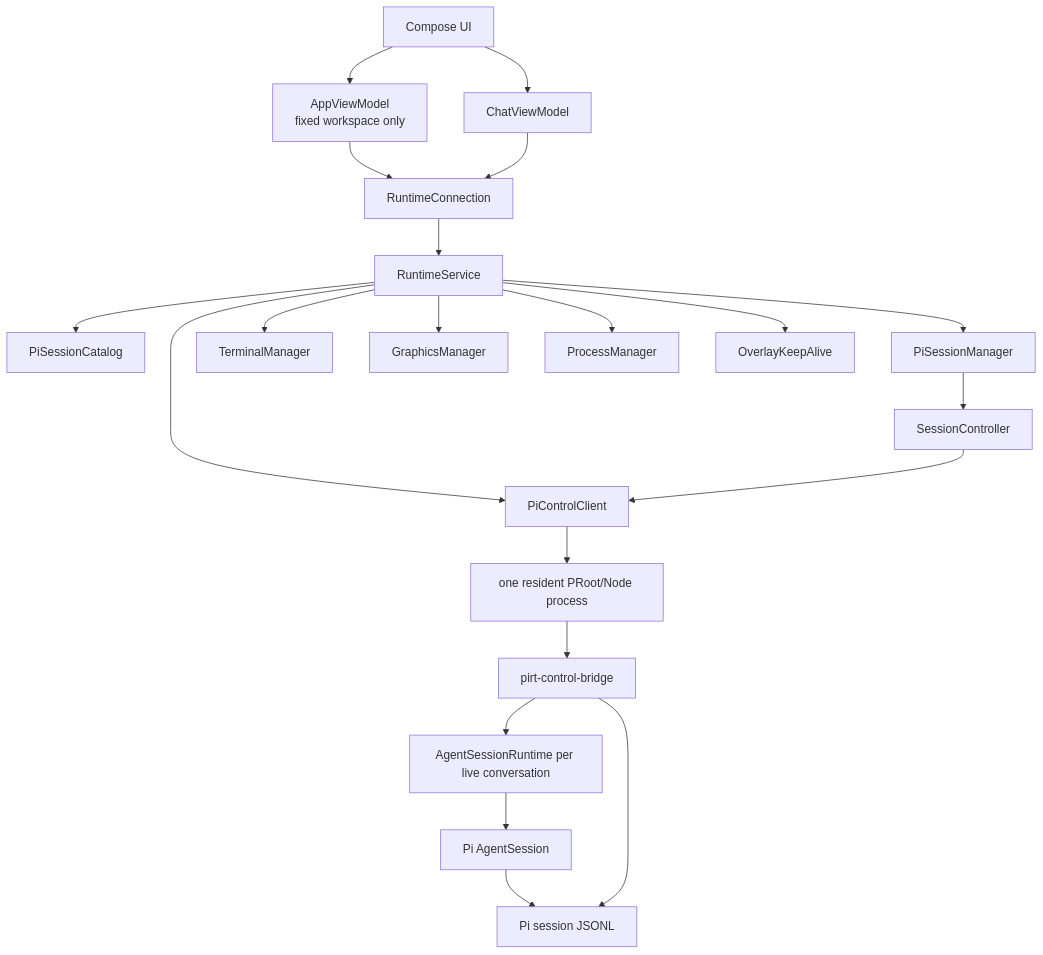
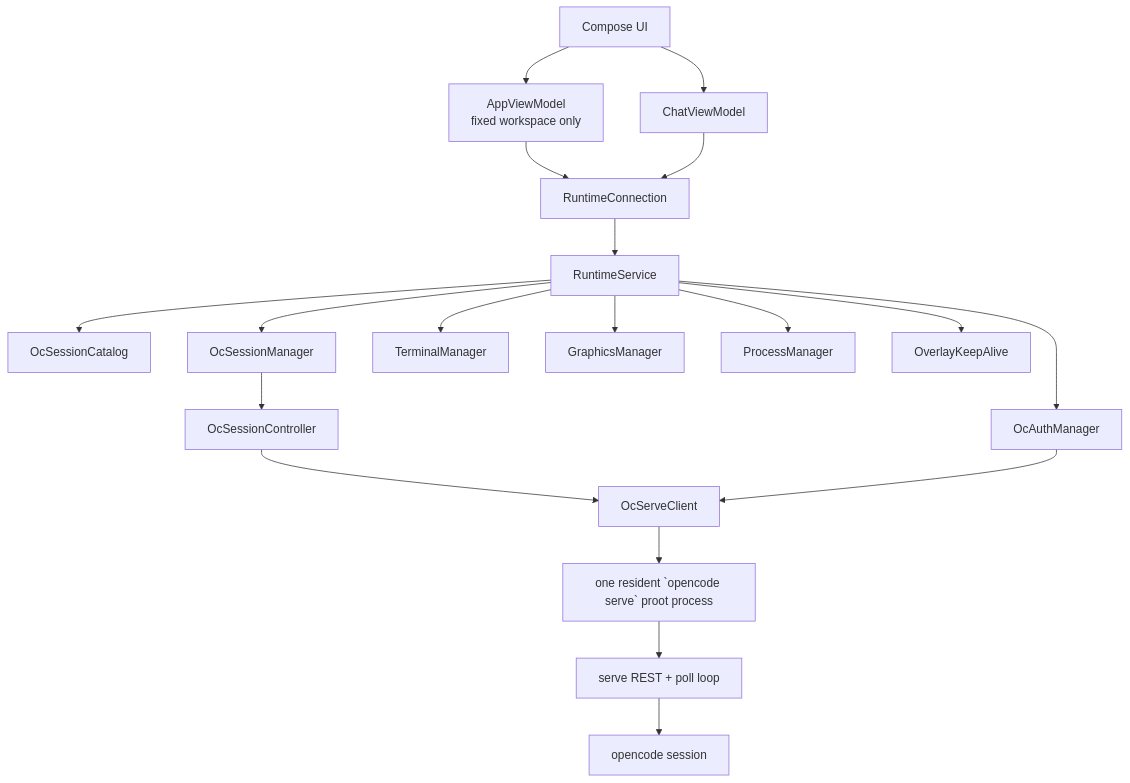
Before and after one commit to lizereride90/PIRT-OPENCODE: the first of 3 diagrams in docs/architecture.md, drawn with Mermaid. The commit also changed other lines of this file and 42 other files, not shown here.

Commit message:
OpenCode replaces Pi: serve client, managers, auth, UI, MCPs, cached CI

````diff
--- a/docs/architecture.md
+++ b/docs/architecture.md
@@ -9,23 +9,21 @@
 ```mermaid
 flowchart TD
     UI["Compose UI"] --> APP["AppViewModel\nfixed workspace only"]
     UI --> CHAT["ChatViewModel"]
     APP --> CONN["RuntimeConnection"]
     CHAT --> CONN
     CONN --> SERVICE["RuntimeService"]
-    SERVICE --> CATALOG["PiSessionCatalog"]
-    SERVICE --> MANAGER["PiSessionManager"]
-    SERVICE --> CONTROL["PiControlClient"]
+    SERVICE --> CATALOG["OcSessionCatalog"]
+    SERVICE --> MANAGER["OcSessionManager"]
+    SERVICE --> AUTH["OcAuthManager"]
     SERVICE --> TERMINAL["TerminalManager"]
     SERVICE --> GRAPHICS["GraphicsManager"]
     SERVICE --> PROCESSES["ProcessManager"]
     SERVICE --> OVERLAY["OverlayKeepAlive"]
-    MANAGER --> CTRL["SessionController"]
-    CTRL --> CONTROL
-    CONTROL --> HOST["one resident PRoot/Node process"]
-    HOST --> BRIDGE["pirt-control-bridge"]
-    BRIDGE --> RUNTIME["AgentSessionRuntime per live conversation"]
-    RUNTIME --> SESSION["Pi AgentSession"]
-    SESSION --> JSONL["Pi session JSONL"]
-    BRIDGE --> JSONL
+    MANAGER --> CTRL["OcSessionController"]
+    CTRL --> SERVE["OcServeClient"]
+    AUTH --> SERVE
+    SERVE --> HOST["one resident `opencode serve` proot process"]
+    HOST --> API["serve REST + poll loop"]
+    API --> SESSION["opencode session"]
 ```
````
